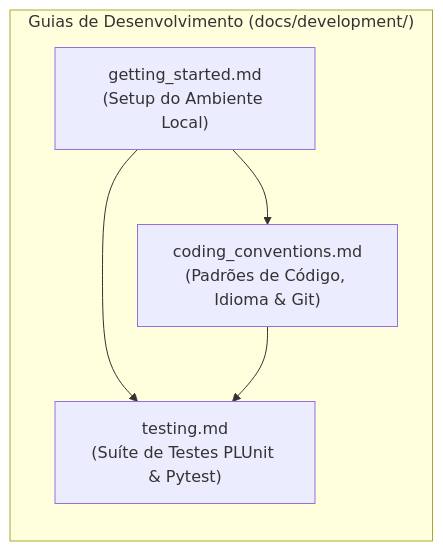
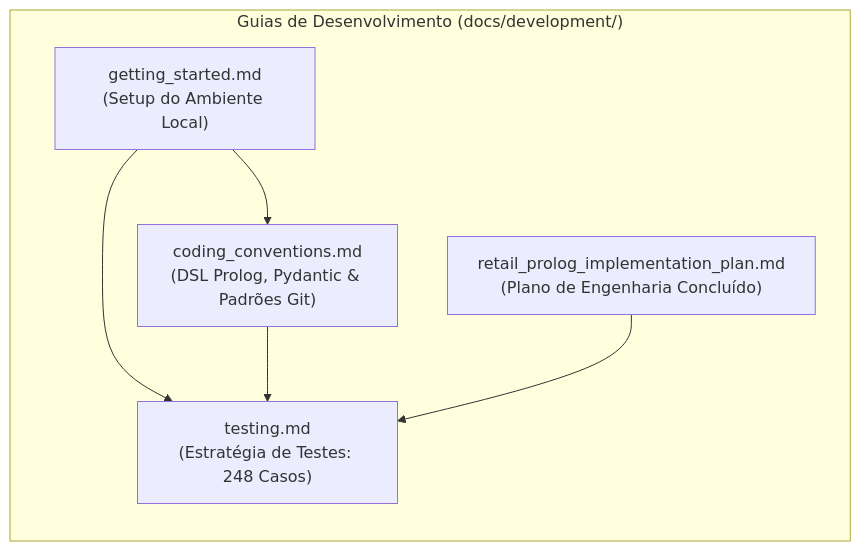
Before and after one commit to Alvaro1940052/meia-equipa3-challenge1-26_27: the diagram in docs/development/README.md, drawn with Mermaid. The commit also changed other lines of this file and 46 other files, not shown here.

Commit message:
feat: add retail prolog inference engine and backend orchestration support

````diff
--- a/docs/development/README.md
+++ b/docs/development/README.md
@@ -12,13 +15,15 @@
 ```mermaid
 flowchart TD
     subgraph "Guias de Desenvolvimento (docs/development/)"
         direction TB
         GS["getting_started.md\n(Setup do Ambiente Local)"]
-        TEST["testing.md\n(Suíte de Testes PLUnit & Pytest)"]
-        CONV["coding_conventions.md\n(Padrões de Código, Idioma & Git)"]
+        TEST["testing.md\n(Estratégia de Testes: 248 Casos)"]
+        CONV["coding_conventions.md\n(DSL Prolog, Pydantic & Padrões Git)"]
+        PLAN["retail_prolog_implementation_plan.md\n(Plano de Engenharia Concluído)"]
     end
 
     GS --> TEST
     GS --> CONV
     CONV --> TEST
+    PLAN --> TEST
 ```
````
